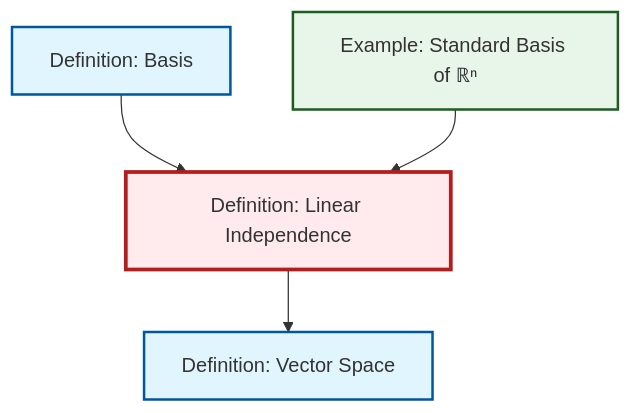
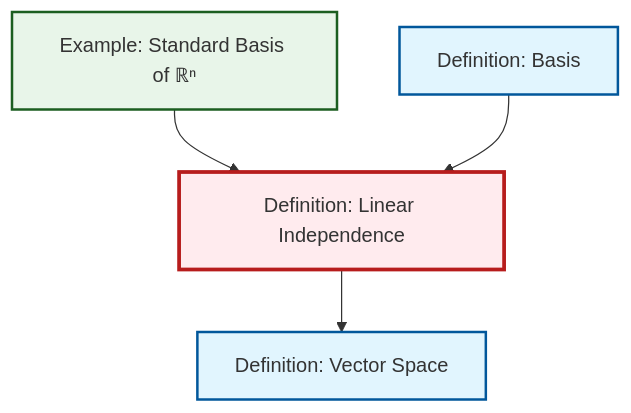
One commit to RK0429/ModernMath changed the diagram in content/ja/algebra/def-linear-independence.qmd. Above: the diagram before and after it, drawn with Mermaid. The commit also changed other lines of this file and 491 other files, not shown here.

````diff
--- a/content/ja/algebra/def-linear-independence.qmd
+++ b/content/ja/algebra/def-linear-independence.qmd
@@ -46,20 +46,20 @@
 ```{mermaid}
 %%| fig-cap: "Local dependency graph"
 graph TD
     classDef definition fill:#e1f5fe,stroke:#01579b,stroke-width:2px
     classDef theorem fill:#f3e5f5,stroke:#4a148c,stroke-width:2px
     classDef axiom fill:#fff3e0,stroke:#e65100,stroke-width:2px
     classDef example fill:#e8f5e9,stroke:#1b5e20,stroke-width:2px
     classDef current fill:#ffebee,stroke:#b71c1c,stroke-width:3px
+    def-vector-space["Definition: Vector Space"]:::definition
     def-linear-independence["Definition: Linear Independence"]:::definition
+    ex-standard-basis-rn["Example: Standard Basis of ℝⁿ"]:::example
     def-basis["Definition: Basis"]:::definition
-    def-vector-space["Definition: Vector Space"]:::definition
-    ex-standard-basis-rn["Example: Standard Basis of ℝⁿ"]:::example
+    def-linear-independence --> def-vector-space
+    ex-standard-basis-rn --> def-linear-independence
     def-basis --> def-linear-independence
-    ex-standard-basis-rn --> def-linear-independence
-    def-linear-independence --> def-vector-space
     class def-linear-independence current
-    click def-basis "def-basis.html" "Definition: Basisへ"
     click def-vector-space "def-vector-space.html" "Definition: Vector Spaceへ"
     click ex-standard-basis-rn "ex-standard-basis-rn.html" "Example: Standard Basis of ℝⁿへ"
+    click def-basis "def-basis.html" "Definition: Basisへ"
 ```
````
